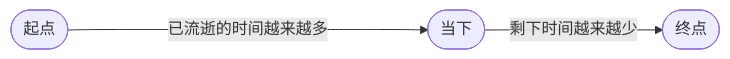
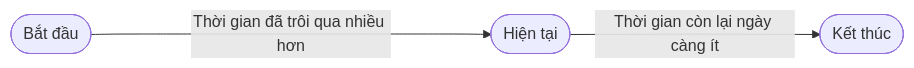
Before and after one commit to nthung2112/everyone-can-use-english: the fourth of 4 diagrams in 1000-hours/vi/self-training/03-trials-and-errors.md, drawn with Mermaid. The commit also changed other lines of this file and 8 other files, not shown here.

````diff
--- a/1000-hours/vi/self-training/03-trials-and-errors.md
+++ b/1000-hours/vi/self-training/03-trials-and-errors.md
@@ -78,4 +78,4 @@
 ```mermaid
 flowchart LR
-start([起点])----->|已流逝的时间越来越多|now([当下])-->|剩下时间越来越少|ending([终点])
+start([Bắt đầu]) ----->|Thời gian đã trôi qua nhiều hơn| now([Hiện tại]) -->|Thời gian còn lại ngày càng ít| ending([Kết thúc])
 ```
````
